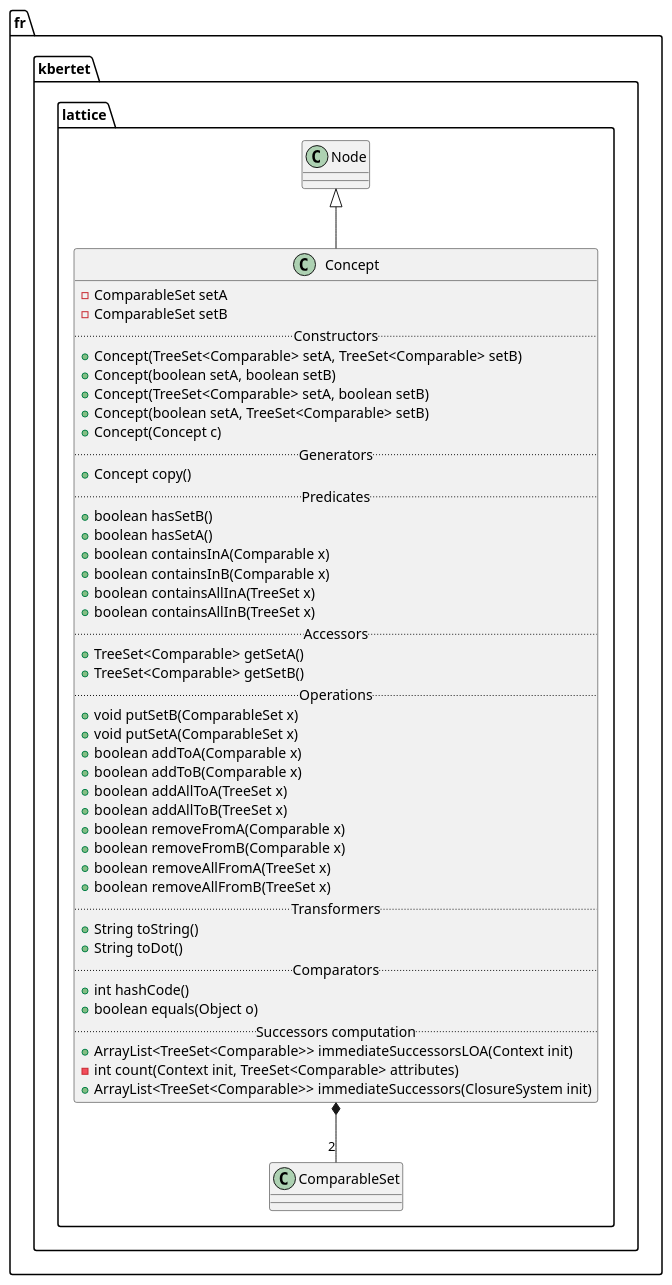
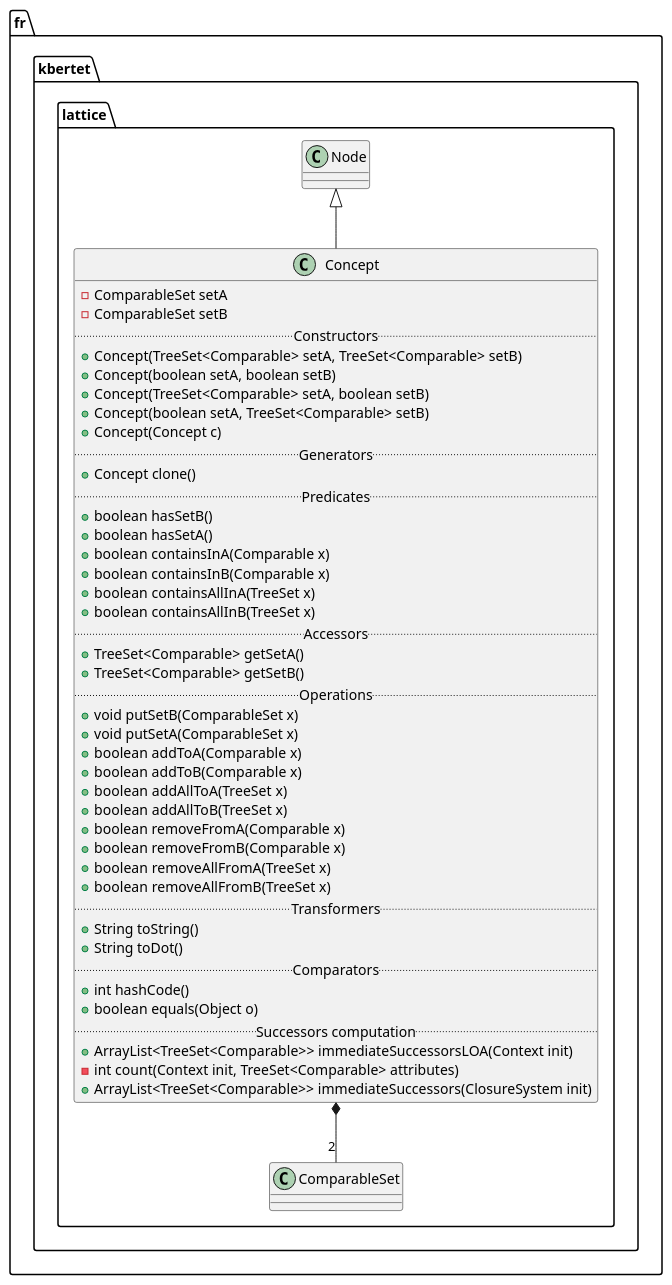
One commit to thegalactic/java-lattices changed the diagram in src/fr/kbertet/lattice/Concept.iuml. Above: the diagram before and after it, drawn with PlantUML. The commit also changed 15 other files, not shown here.

Commit message:
Use clone method and Cloneable interface instead of copy method

```diff
--- a/src/fr/kbertet/lattice/Concept.iuml
+++ b/src/fr/kbertet/lattice/Concept.iuml
@@ -1,49 +1,49 @@
 package fr.kbertet.lattice {
     class Concept {
         -ComparableSet setA
         -ComparableSet setB
         .. Constructors ..
         +Concept(TreeSet<Comparable> setA, TreeSet<Comparable> setB)
         +Concept(boolean setA, boolean setB)
         +Concept(TreeSet<Comparable> setA, boolean setB)
         +Concept(boolean setA, TreeSet<Comparable> setB)
         +Concept(Concept c)
         .. Generators ..
-        +Concept copy()
+        +Concept clone()
         .. Predicates ..
         +boolean hasSetB()
         +boolean hasSetA()
         +boolean containsInA(Comparable x)
         +boolean containsInB(Comparable x)
         +boolean containsAllInA(TreeSet x)
         +boolean containsAllInB(TreeSet x)
         .. Accessors ..
         +TreeSet<Comparable> getSetA()
         +TreeSet<Comparable> getSetB()
         .. Operations ..
         +void putSetB(ComparableSet x)
         +void putSetA(ComparableSet x)
         +boolean addToA(Comparable x)
         +boolean addToB(Comparable x)
         +boolean addAllToA(TreeSet x)
         +boolean addAllToB(TreeSet x)
         +boolean removeFromA(Comparable x)
         +boolean removeFromB(Comparable x)
         +boolean removeAllFromA(TreeSet x)
         +boolean removeAllFromB(TreeSet x)
         .. Transformers ..
         +String toString()
         +String toDot()
         .. Comparators ..
         +int hashCode()
         +boolean equals(Object o)
         .. Successors computation ..
         +ArrayList<TreeSet<Comparable>> immediateSuccessorsLOA(Context init)
         -int count(Context init, TreeSet<Comparable> attributes)
         +ArrayList<TreeSet<Comparable>> immediateSuccessors(ClosureSystem init)
     }
 
     Node <|-- Concept
 
     Concept *-- "2" ComparableSet
 }
```
